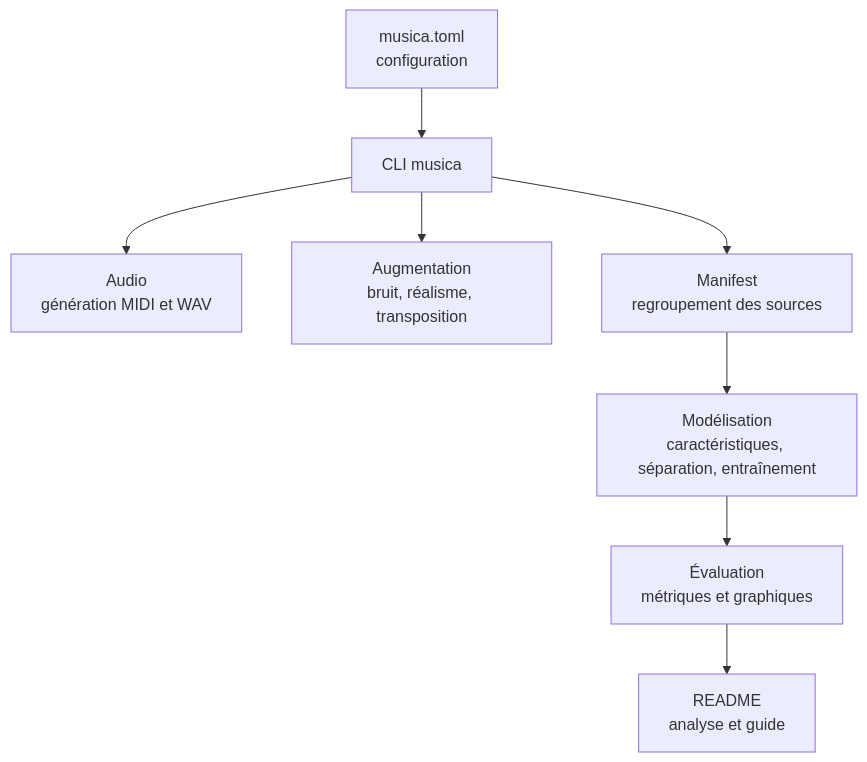
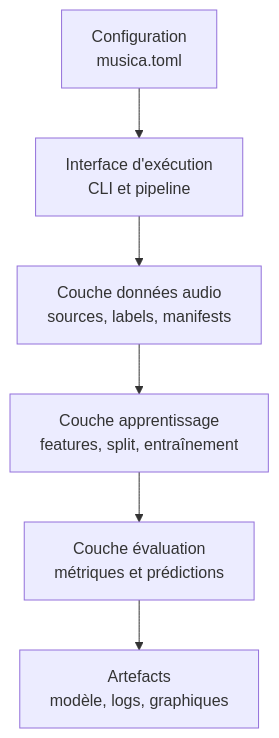
Before and after one commit to dev-gasy/musica: the second of 3 diagrams in README.md, drawn with Mermaid. The commit also changed other lines of this file and 1 other file, not shown here.

````diff
--- a/README.md
+++ b/README.md
@@ -154,10 +156,8 @@
 ```mermaid
 flowchart TD
-    A["musica.toml<br/>configuration"] --> B["CLI musica"]
-    B --> C["Audio<br/>génération MIDI et WAV"]
-    B --> D["Augmentation<br/>bruit, réalisme, transposition"]
-    B --> E["Manifest<br/>regroupement des sources"]
-    E --> F["Modélisation<br/>caractéristiques, séparation, entraînement"]
-    F --> G["Évaluation<br/>métriques et graphiques"]
-    G --> H["README<br/>analyse et guide"]
+    A["Configuration<br/>musica.toml"] --> B["Interface d'exécution<br/>CLI et pipeline"]
+    B --> C["Couche données audio<br/>sources, labels, manifests"]
+    C --> D["Couche apprentissage<br/>features, split, entraînement"]
+    D --> E["Couche évaluation<br/>métriques et prédictions"]
+    E --> F["Artefacts<br/>modèle, logs, graphiques"]
 ```
````
